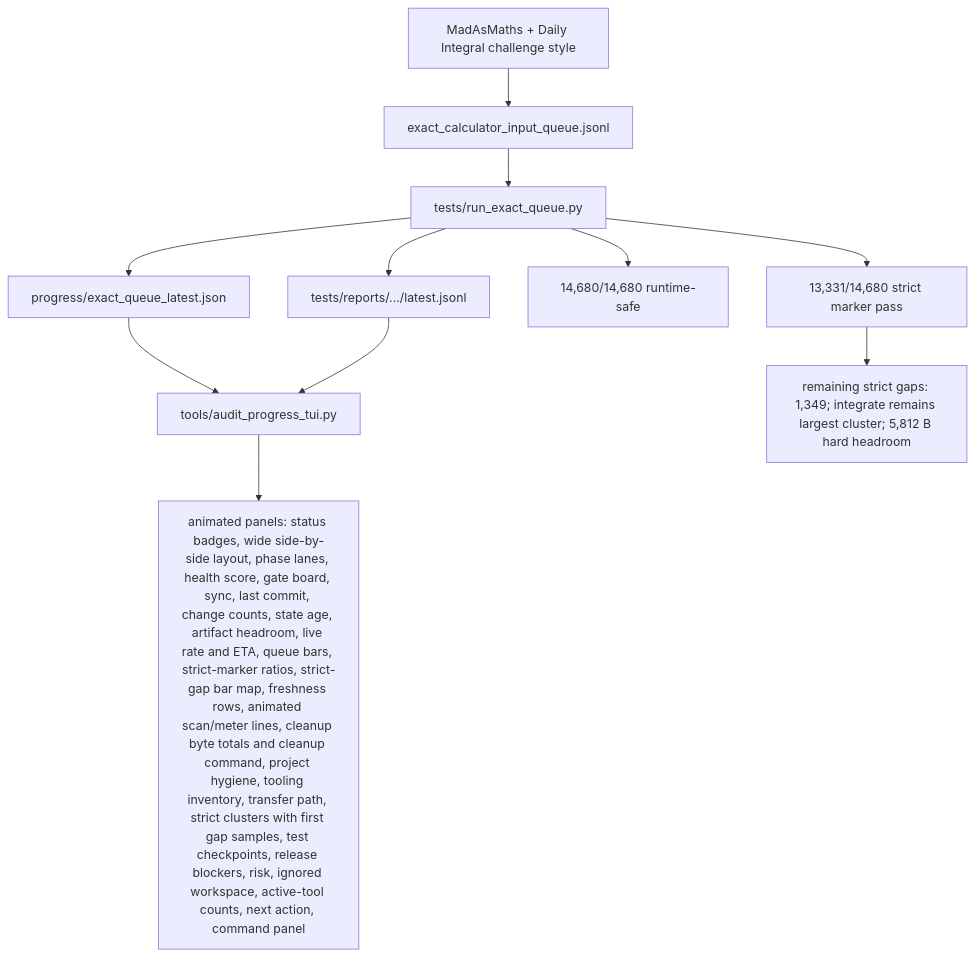
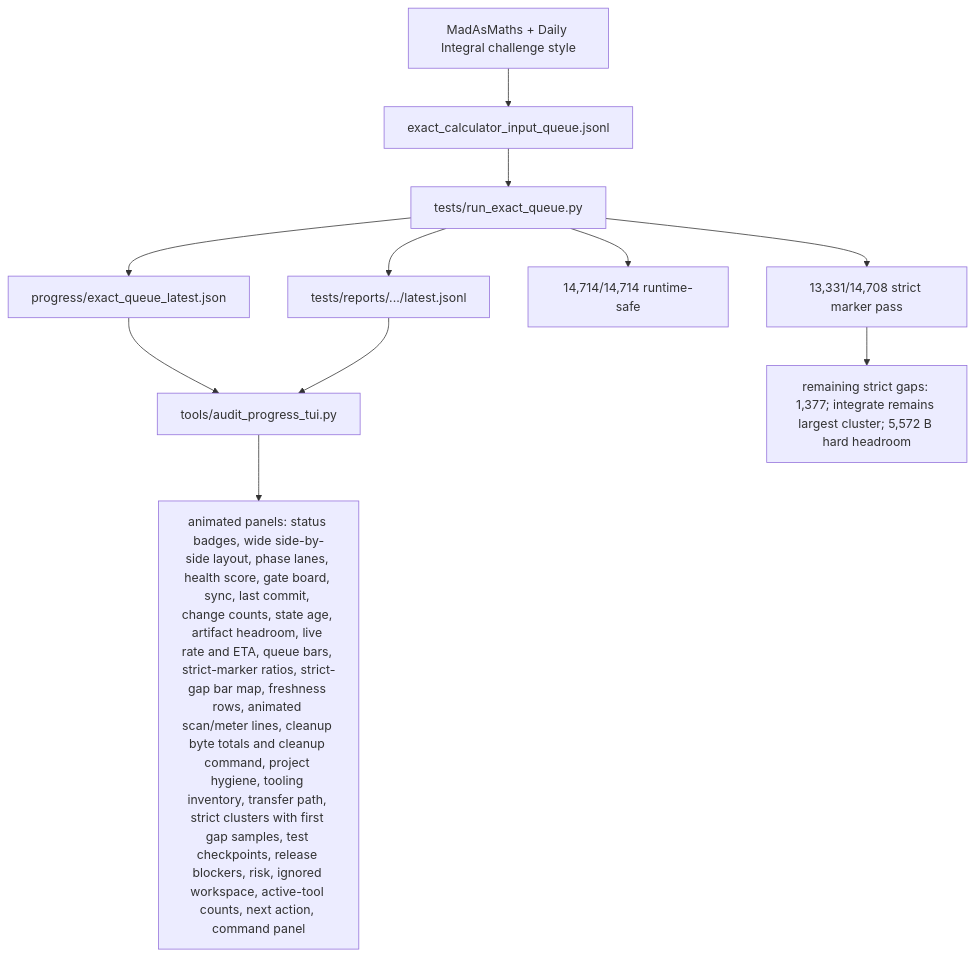
Before and after one commit to james8464/notes-addin-casio-fx-cg50: the fifth of 6 diagrams in docs/GRAPH.md, drawn with Mermaid. The commit also changed other lines of this file and 5 other files, not shown here.

````diff
--- a/docs/GRAPH.md
+++ b/docs/GRAPH.md
@@ -66,13 +66,13 @@
 ```mermaid
 graph TD
   Online["MadAsMaths + Daily Integral challenge style"] --> Queue["exact_calculator_input_queue.jsonl"]
   Queue --> Runner["tests/run_exact_queue.py"]
   Runner --> Live["progress/exact_queue_latest.json"]
   Runner --> Report["tests/reports/.../latest.jsonl"]
   Live --> TUI["tools/audit_progress_tui.py"]
   Report --> TUI
   TUI --> Panels["animated panels: status badges, wide side-by-side layout, phase lanes, health score, gate board, sync, last commit, change counts, state age, artifact headroom, live rate and ETA, queue bars, strict-marker ratios, strict-gap bar map, freshness rows, animated scan/meter lines, cleanup byte totals and cleanup command, project hygiene, tooling inventory, transfer path, strict clusters with first gap samples, test checkpoints, release blockers, risk, ignored workspace, active-tool counts, next action, command panel"]
-  Runner --> Runtime["14,680/14,680 runtime-safe"]
-  Runner --> Strict["13,331/14,680 strict marker pass"]
-  Strict --> Remaining["remaining strict gaps: 1,349; integrate remains largest cluster; 5,812 B hard headroom"]
+  Runner --> Runtime["14,714/14,714 runtime-safe"]
+  Runner --> Strict["13,331/14,708 strict marker pass"]
+  Strict --> Remaining["remaining strict gaps: 1,377; integrate remains largest cluster; 5,572 B hard headroom"]
 ```
````
